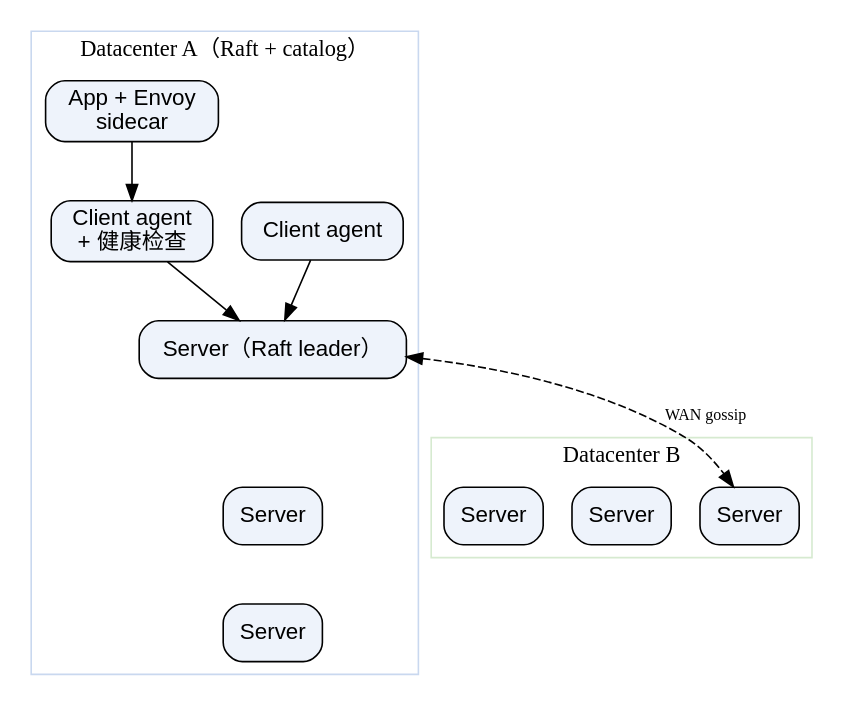
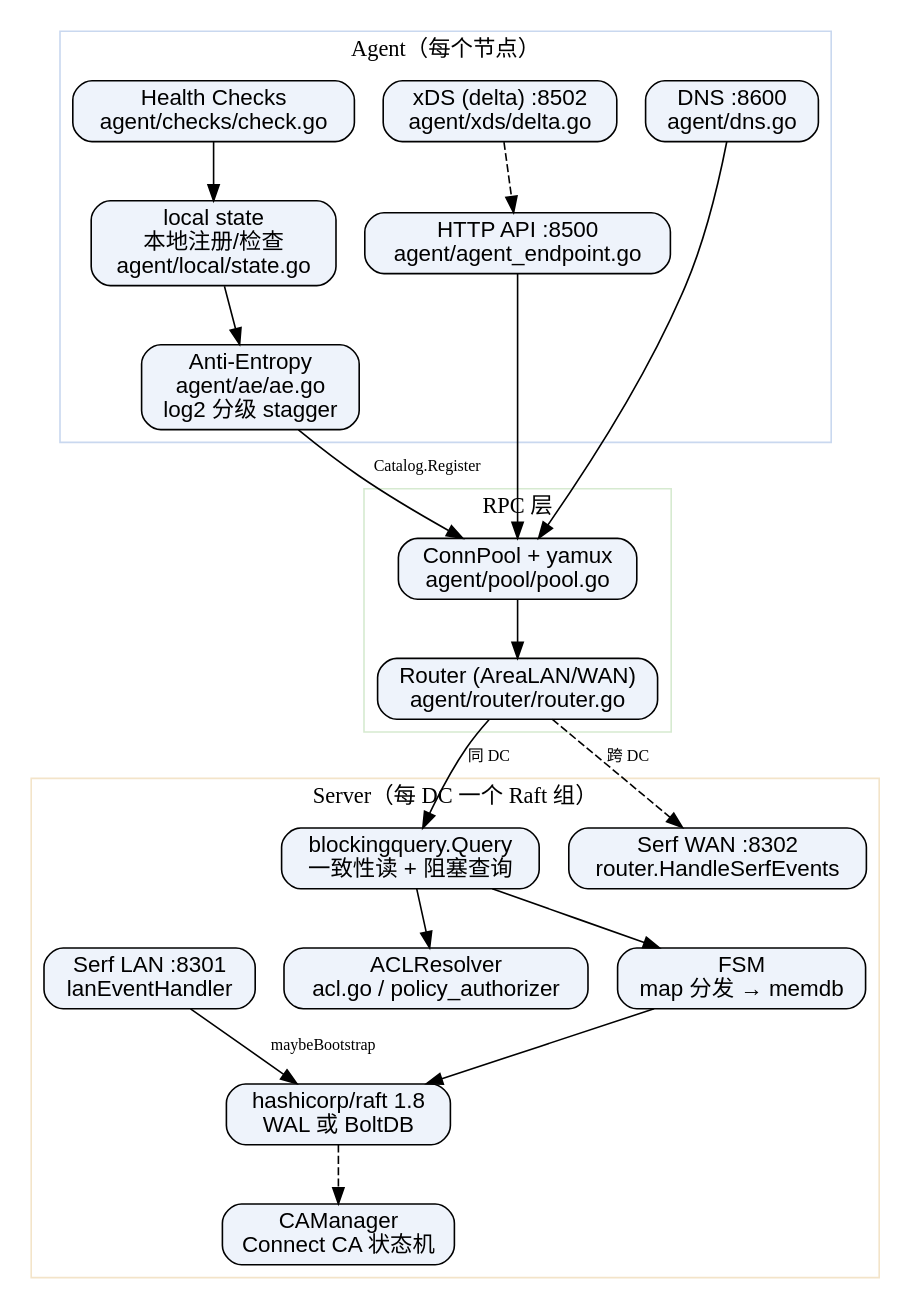
The diagram in docs/CS/Framework/consul/Consul.md (Robinpig/Note), drawn with Graphviz before and after one commit. The commit also changed other lines of this file and 148 other files, not shown here.

````diff
--- a/docs/CS/Framework/consul/Consul.md
+++ b/docs/CS/Framework/consul/Consul.md
@@ -19,32 +76,52 @@
 ```dot
 digraph consul_arch {
   rankdir=TB;
   node [shape=box, style="rounded,filled", fillcolor="#eef3fb", fontname="Helvetica"];
   edge [color="#555", fontsize=10];
 
-  subgraph cluster_dc1 {
-    label="Datacenter A（Raft + catalog）";
+  subgraph cluster_agent {
+    label="Agent（每个节点）";
     color="#c9d8ef";
-    s1 [label="Server（Raft leader）"];
-    s2 [label="Server"];
-    s3 [label="Server"];
-    c1 [label="Client agent\n+ 健康检查"];
-    c2 [label="Client agent"];
-    app [label="App + Envoy\nsidecar"];
-  }
-  subgraph cluster_dc2 {
-    label="Datacenter B";
-    color="#d6ead0";
-    b1 [label="Server"];
-    b2 [label="Server"];
-    b3 [label="Server"];
+    local [label="local state\n本地注册/检查\nagent/local/state.go"];
+    ae [label="Anti-Entropy\nagent/ae/ae.go\nlog2 分级 stagger"];
+    dns [label="DNS :8600\nagent/dns.go"];
+    http [label="HTTP API :8500\nagent/agent_endpoint.go"];
+    xds [label="xDS (delta) :8502\nagent/xds/delta.go"];
+    checks [label="Health Checks\nagent/checks/check.go"];
   }
 
-  s1 -> s2 [style=invis];
-  s2 -> s3 [style=invis];
-  c1 -> s1;
-  c2 -> s1;
-  app -> c1;
-  s1 -> b1 [label="WAN gossip", style=dashed, dir=both, color="#9a6"];
+  subgraph cluster_clientrpc {
+    label="RPC 层";
+    color="#d6ead0";
+    pool [label="ConnPool + yamux\nagent/pool/pool.go"];
+    router [label="Router (AreaLAN/WAN)\nagent/router/router.go"];
+  }
+
+  subgraph cluster_server {
+    label="Server（每 DC 一个 Raft 组）";
+    color="#f3e4c9";
+    blocking [label="blockingquery.Query\n一致性读 + 阻塞查询"];
+    acl [label="ACLResolver\nacl.go / policy_authorizer"];
+    fsm [label="FSM\nmap 分发 → memdb"];
+    raft [label="hashicorp/raft 1.8\nWAL 或 BoltDB"];
+    serflan [label="Serf LAN :8301\nlanEventHandler"];
+    serfwan [label="Serf WAN :8302\nrouter.HandleSerfEvents"];
+    ca [label="CAManager\nConnect CA 状态机"];
+  }
+
+  checks -> local;
+  local -> ae;
+  ae -> pool [label="Catalog.Register"];
+  http -> pool;
+  dns -> pool;
+  xds -> http [style=dashed];
+  pool -> router;
+  router -> blocking [label="同 DC"];
+  router -> serfwan [label="跨 DC", style=dashed];
+  blocking -> acl;
+  blocking -> fsm;
+  fsm -> raft;
+  serflan -> raft [label="maybeBootstrap"];
+  raft -> ca [style=dashed];
 }
 ```
````
